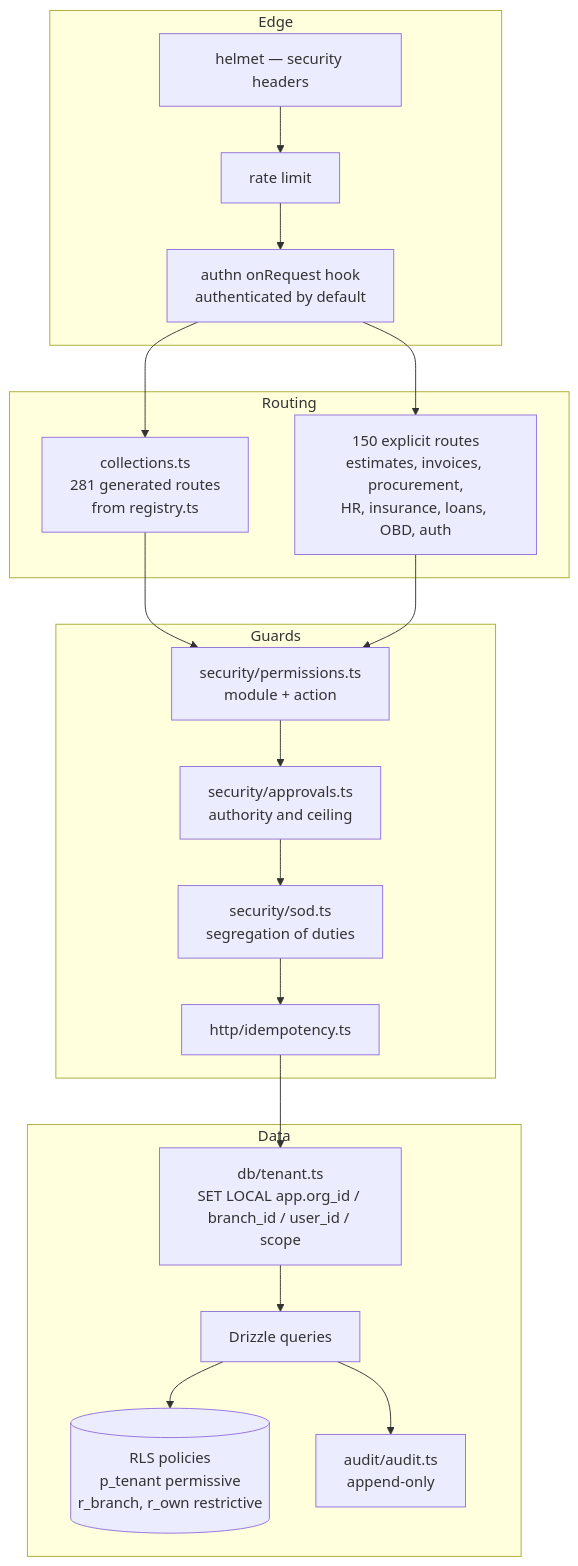
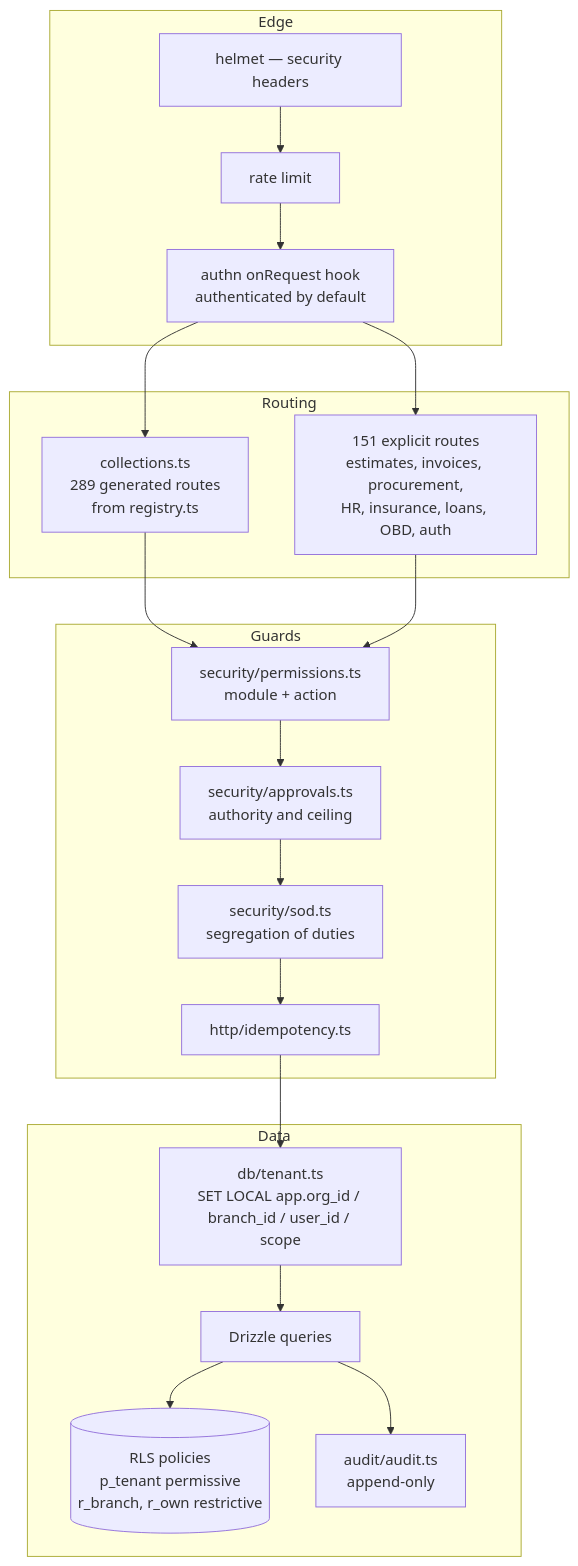
Before and after one commit to tazamohd/SlClNe: the third of 4 diagrams in docs/15_C4_ARCHITECTURE_DIAGRAMS/C4_MODEL.md, drawn with Mermaid. The commit also changed other lines of this file and 59 other files, not shown here.

````diff
--- a/docs/15_C4_ARCHITECTURE_DIAGRAMS/C4_MODEL.md
+++ b/docs/15_C4_ARCHITECTURE_DIAGRAMS/C4_MODEL.md
@@ -60,29 +60,29 @@
 ```mermaid
 flowchart TB
   subgraph edge[Edge]
     helmet["helmet — security headers"]
     rl["rate limit"]
     authn["authn onRequest hook<br/>authenticated by default"]
   end
   subgraph routing[Routing]
-    generic["collections.ts<br/>281 generated routes<br/>from registry.ts"]
-    explicit["150 explicit routes<br/>estimates, invoices, procurement,<br/>HR, insurance, loans, OBD, auth"]
+    generic["collections.ts<br/>289 generated routes<br/>from registry.ts"]
+    explicit["151 explicit routes<br/>estimates, invoices, procurement,<br/>HR, insurance, loans, OBD, auth"]
   end
   subgraph guards[Guards]
     perms["security/permissions.ts<br/>module + action"]
     approvals["security/approvals.ts<br/>authority and ceiling"]
     sod["security/sod.ts<br/>segregation of duties"]
     idem["http/idempotency.ts"]
   end
   subgraph data[Data]
     tenant["db/tenant.ts<br/>SET LOCAL app.org_id / branch_id / user_id / scope"]
     drizzle["Drizzle queries"]
     rls[("RLS policies<br/>p_tenant permissive<br/>r_branch, r_own restrictive")]
     audit["audit/audit.ts<br/>append-only"]
   end
   helmet --> rl --> authn --> generic
   authn --> explicit
   generic --> perms
   explicit --> perms --> approvals --> sod --> idem --> tenant --> drizzle --> rls
   drizzle --> audit
 ```
````
